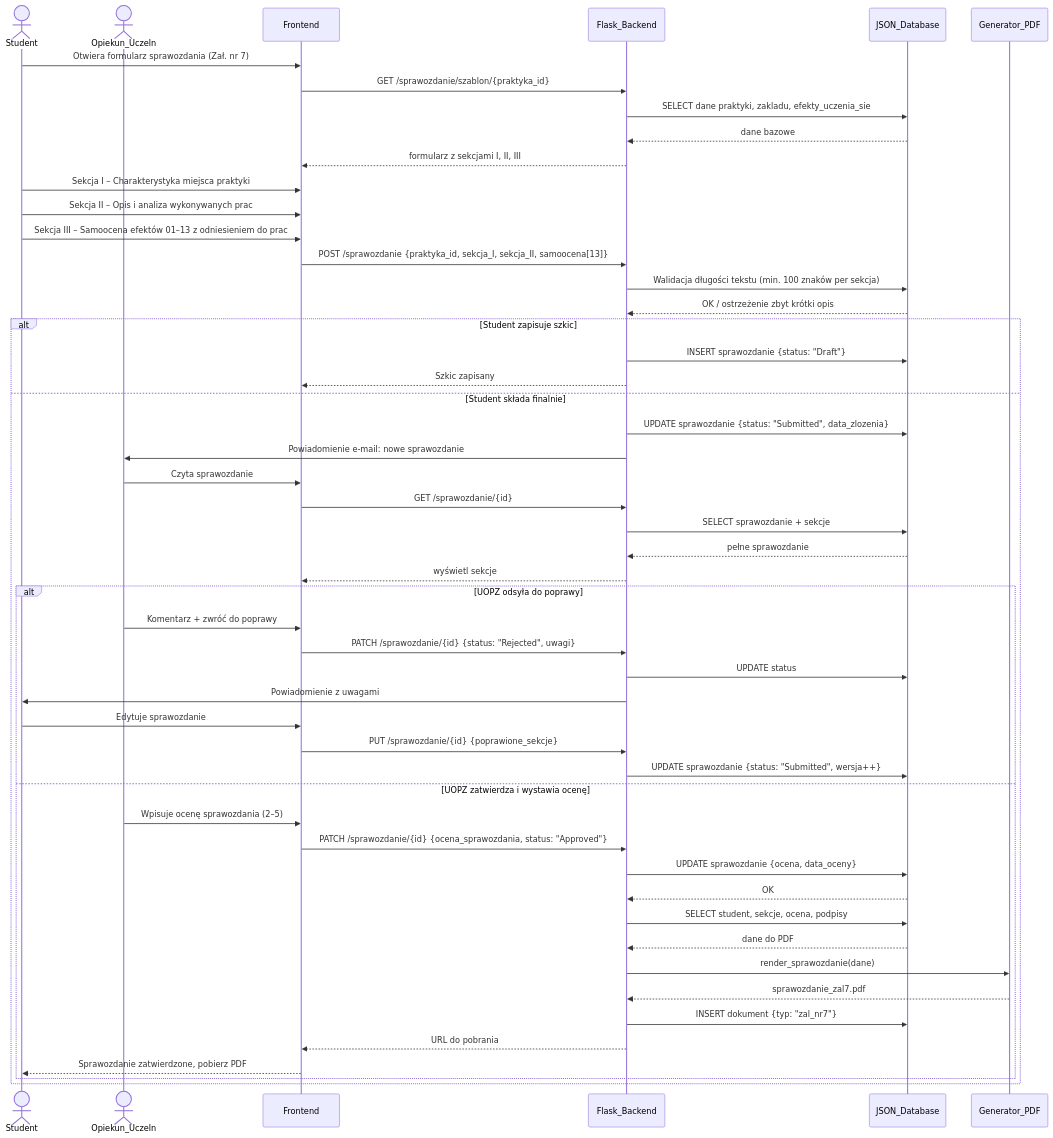
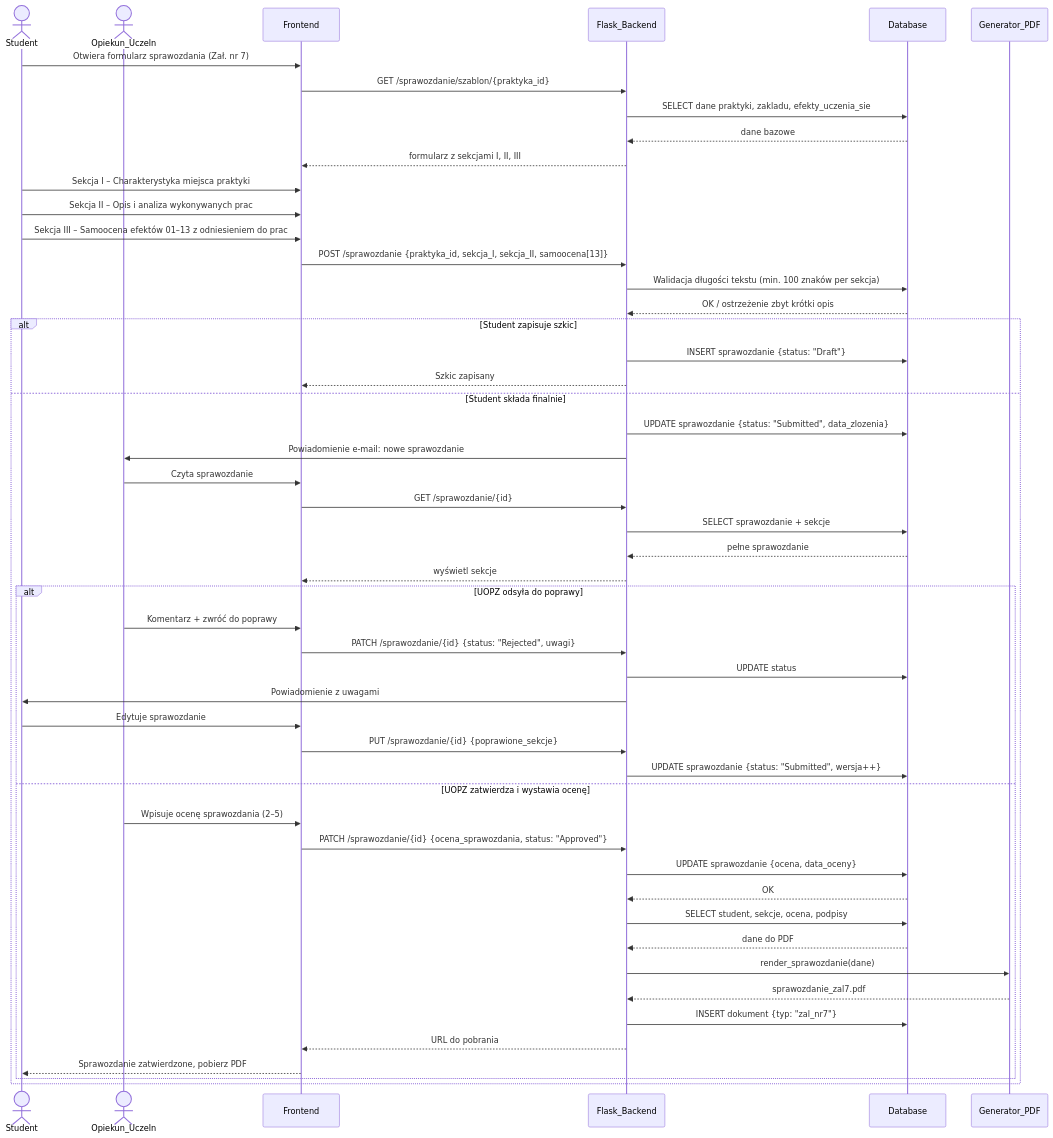
The diagram in docs/diagrams/sequence/04_sprawozdanie.md (GacusPL/System-Obslugi-Praktyk-Zawodowych), drawn with Mermaid before and after one commit. The commit also changed 16 other files, not shown here.

````diff
--- a/docs/diagrams/sequence/04_sprawozdanie.md
+++ b/docs/diagrams/sequence/04_sprawozdanie.md
@@ -4,58 +4,58 @@
 ```mermaid
 sequenceDiagram
     actor S as Student
     actor UOPZ as Opiekun_Uczeln
     participant FE as Frontend
     participant FB as Flask_Backend
-    participant J as JSON_Database
+    participant DB as Database
     participant PDF as Generator_PDF
 
     S->>FE: Otwiera formularz sprawozdania (Zał. nr 7)
     FE->>FB: GET /sprawozdanie/szablon/{praktyka_id}
-    FB->>J: SELECT dane praktyki, zakladu, efekty_uczenia_sie
-    J-->>FB: dane bazowe
+    FB->>DB: SELECT dane praktyki, zakladu, efekty_uczenia_sie
+    DB-->>FB: dane bazowe
     FB-->>FE: formularz z sekcjami I, II, III
 
     S->>FE: Sekcja I – Charakterystyka miejsca praktyki
     S->>FE: Sekcja II – Opis i analiza wykonywanych prac
     S->>FE: Sekcja III – Samoocena efektów 01–13 z odniesieniem do prac
     FE->>FB: POST /sprawozdanie {praktyka_id, sekcja_I, sekcja_II, samoocena[13]}
-    FB->>J: Walidacja długości tekstu (min. 100 znaków per sekcja)
-    J-->>FB: OK / ostrzeżenie zbyt krótki opis
+    FB->>DB: Walidacja długości tekstu (min. 100 znaków per sekcja)
+    DB-->>FB: OK / ostrzeżenie zbyt krótki opis
 
     alt Student zapisuje szkic
-        FB->>J: INSERT sprawozdanie {status: "Draft"}
+        FB->>DB: INSERT sprawozdanie {status: "Draft"}
         FB-->>FE: Szkic zapisany
     else Student składa finalnie
-        FB->>J: UPDATE sprawozdanie {status: "Submitted", data_zlozenia}
+        FB->>DB: UPDATE sprawozdanie {status: "Submitted", data_zlozenia}
         FB->>UOPZ: Powiadomienie e-mail: nowe sprawozdanie
 
         UOPZ->>FE: Czyta sprawozdanie
         FE->>FB: GET /sprawozdanie/{id}
-        FB->>J: SELECT sprawozdanie + sekcje
-        J-->>FB: pełne sprawozdanie
+        FB->>DB: SELECT sprawozdanie + sekcje
+        DB-->>FB: pełne sprawozdanie
         FB-->>FE: wyświetl sekcje
 
         alt UOPZ odsyła do poprawy
             UOPZ->>FE: Komentarz + zwróć do poprawy
             FE->>FB: PATCH /sprawozdanie/{id} {status: "Rejected", uwagi}
-            FB->>J: UPDATE status
+            FB->>DB: UPDATE status
             FB->>S: Powiadomienie z uwagami
             S->>FE: Edytuje sprawozdanie
             FE->>FB: PUT /sprawozdanie/{id} {poprawione_sekcje}
-            FB->>J: UPDATE sprawozdanie {status: "Submitted", wersja++}
+            FB->>DB: UPDATE sprawozdanie {status: "Submitted", wersja++}
         else UOPZ zatwierdza i wystawia ocenę
             UOPZ->>FE: Wpisuje ocenę sprawozdania (2–5)
             FE->>FB: PATCH /sprawozdanie/{id} {ocena_sprawozdania, status: "Approved"}
-            FB->>J: UPDATE sprawozdanie {ocena, data_oceny}
-            J-->>FB: OK
-            FB->>J: SELECT student, sekcje, ocena, podpisy
-            J-->>FB: dane do PDF
+            FB->>DB: UPDATE sprawozdanie {ocena, data_oceny}
+            DB-->>FB: OK
+            FB->>DB: SELECT student, sekcje, ocena, podpisy
+            DB-->>FB: dane do PDF
             FB->>PDF: render_sprawozdanie(dane)
             PDF-->>FB: sprawozdanie_zal7.pdf
-            FB->>J: INSERT dokument {typ: "zal_nr7"}
+            FB->>DB: INSERT dokument {typ: "zal_nr7"}
             FB-->>FE: URL do pobrania
             FE-->>S: Sprawozdanie zatwierdzone, pobierz PDF
         end
     end
 ```
````
